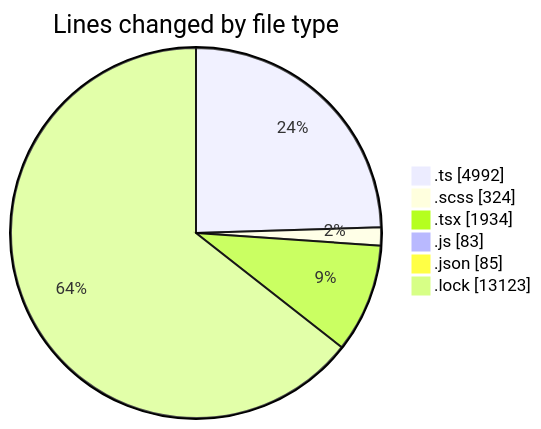
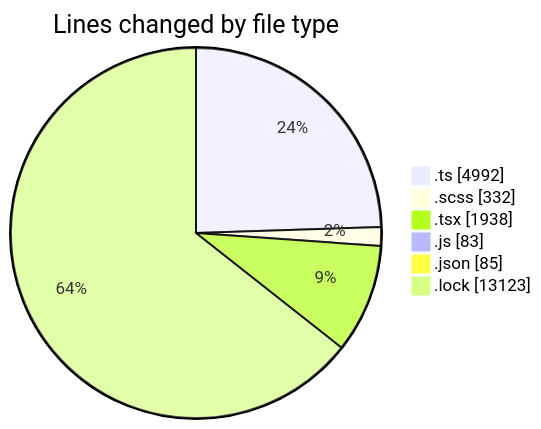
One commit to momahboobian/code-tracking changed the first of 2 diagrams in 2025-09-12/cda/README.md. Above: the diagram before and after it, drawn with Mermaid. The commit also changed other lines of this file and 1 other file, not shown here.

````diff
--- a/2025-09-12/cda/README.md
+++ b/2025-09-12/cda/README.md
@@ -34,10 +34,10 @@
 ```mermaid
 pie showData
 title Lines changed by file type
 ".ts" : 4992
-".scss" : 324
-".tsx" : 1934
+".scss" : 332
+".tsx" : 1938
 ".js" : 83
 ".json" : 85
 ".lock" : 13123
 ```
````
